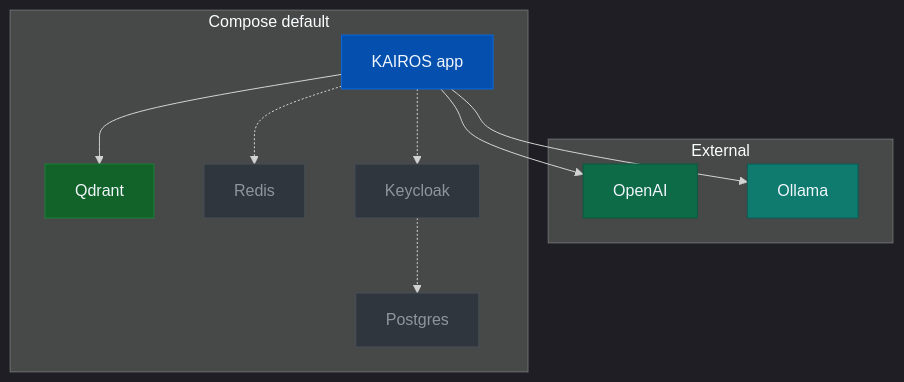
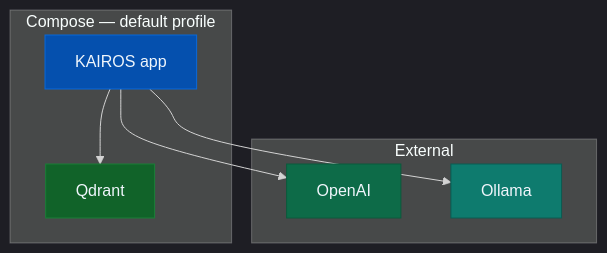
Before and after one commit to debian777/kairos-mcp: the diagram in docs/install/docker-compose-simple.md, drawn with Mermaid. The commit also changed other lines of this file and 13 other files, not shown here.

````diff
--- a/docs/install/docker-compose-simple.md
+++ b/docs/install/docker-compose-simple.md
@@ -11,33 +16,25 @@
 ```mermaid
 %%{init: {'theme': 'dark'}}%%
 flowchart TB
   subgraph ext ["External"]
     openai["OpenAI"]
     ollama["Ollama"]
   end
-  subgraph dc ["Compose default"]
+  subgraph dc ["Compose — default profile"]
     app["KAIROS app"]
     qdrant["Qdrant"]
-    redis["Redis"]
-    pg["Postgres"]
-    kc["Keycloak"]
   end
   app --> qdrant
-  app -.-> redis
-  app -.-> kc
-  kc -.-> pg
   app --> openai
   app --> ollama
 
   classDef embOpenAI fill:#0d6b48,stroke:#0a5a3c,color:#f0f6fc
   classDef embOllama fill:#0e7b6e,stroke:#0a5c52,color:#f0f6fc
   classDef appN fill:#0550ae,stroke:#0969da,color:#f0f6fc
   classDef vector fill:#116329,stroke:#1a7f37,color:#f0f6fc
-  classDef muted fill:#30363d,stroke:#484f58,color:#8d96a0
 
   class openai embOpenAI
   class ollama embOllama
   class app appN
   class qdrant vector
-  class redis,pg,kc muted
 ```
````
